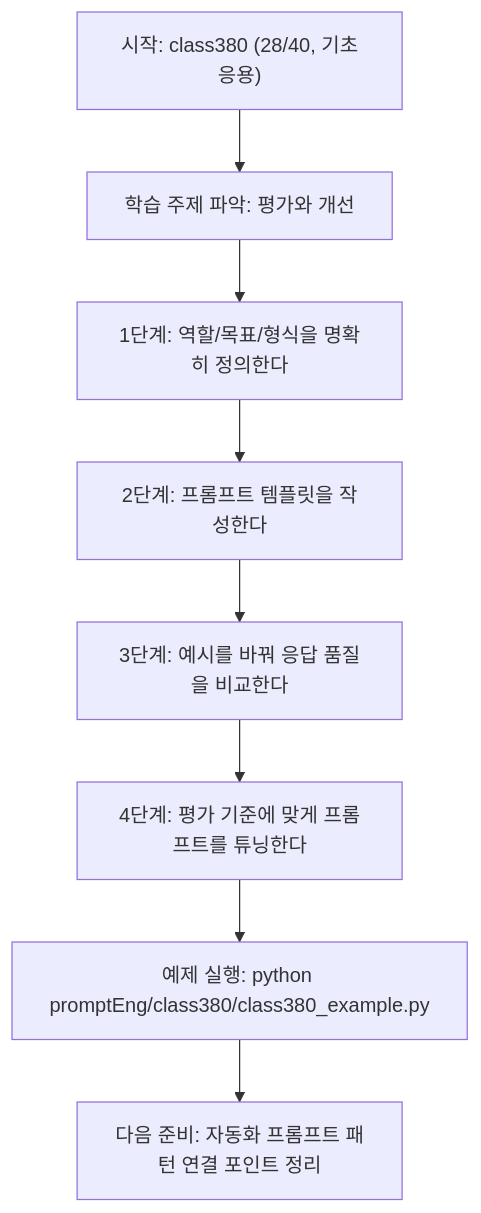
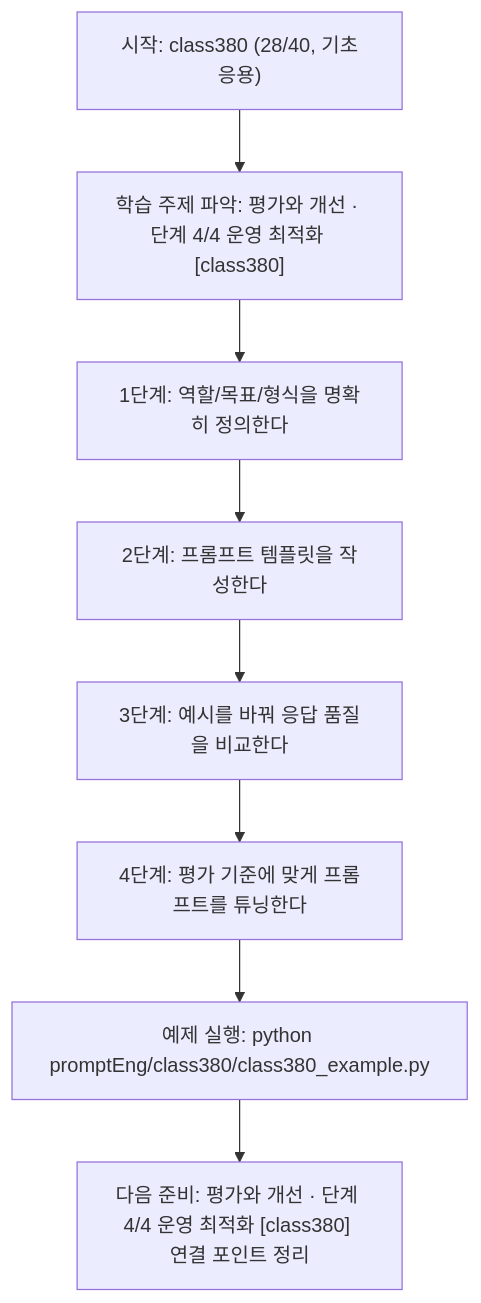
One commit to edumgt/Python-AI_Agent-Class changed the diagram in promptEng/class380/class380.md. Above: the diagram before and after it, drawn with Mermaid. The commit also changed other lines of this file and 522 other files, not shown here.

````diff
--- a/promptEng/class380/class380.md
+++ b/promptEng/class380/class380.md
@@ -108,18 +109,18 @@
 ```mermaid
 flowchart TD
 N1["시작: class380 (28/40, 기초응용)"]
-N2["학습 주제 파악: 평가와 개선"]
+N2["학습 주제 파악: 평가와 개선 · 단계 4/4 운영 최적화 [class380]"]
 N3["1단계: 역할/목표/형식을 명확히 정의한다"]
 N4["2단계: 프롬프트 템플릿을 작성한다"]
 N5["3단계: 예시를 바꿔 응답 품질을 비교한다"]
 N6["4단계: 평가 기준에 맞게 프롬프트를 튜닝한다"]
 N7["예제 실행: python promptEng/class380/class380_example.py"]
-N8["다음 준비: 자동화 프롬프트 패턴 연결 포인트 정리"]
+N8["다음 준비: 평가와 개선 · 단계 4/4 운영 최적화 [class380] 연결 포인트 정리"]
 N1 --> N2
 N2 --> N3
 N3 --> N4
 N4 --> N5
 N5 --> N6
 N6 --> N7
 N7 --> N8
 ```
````
